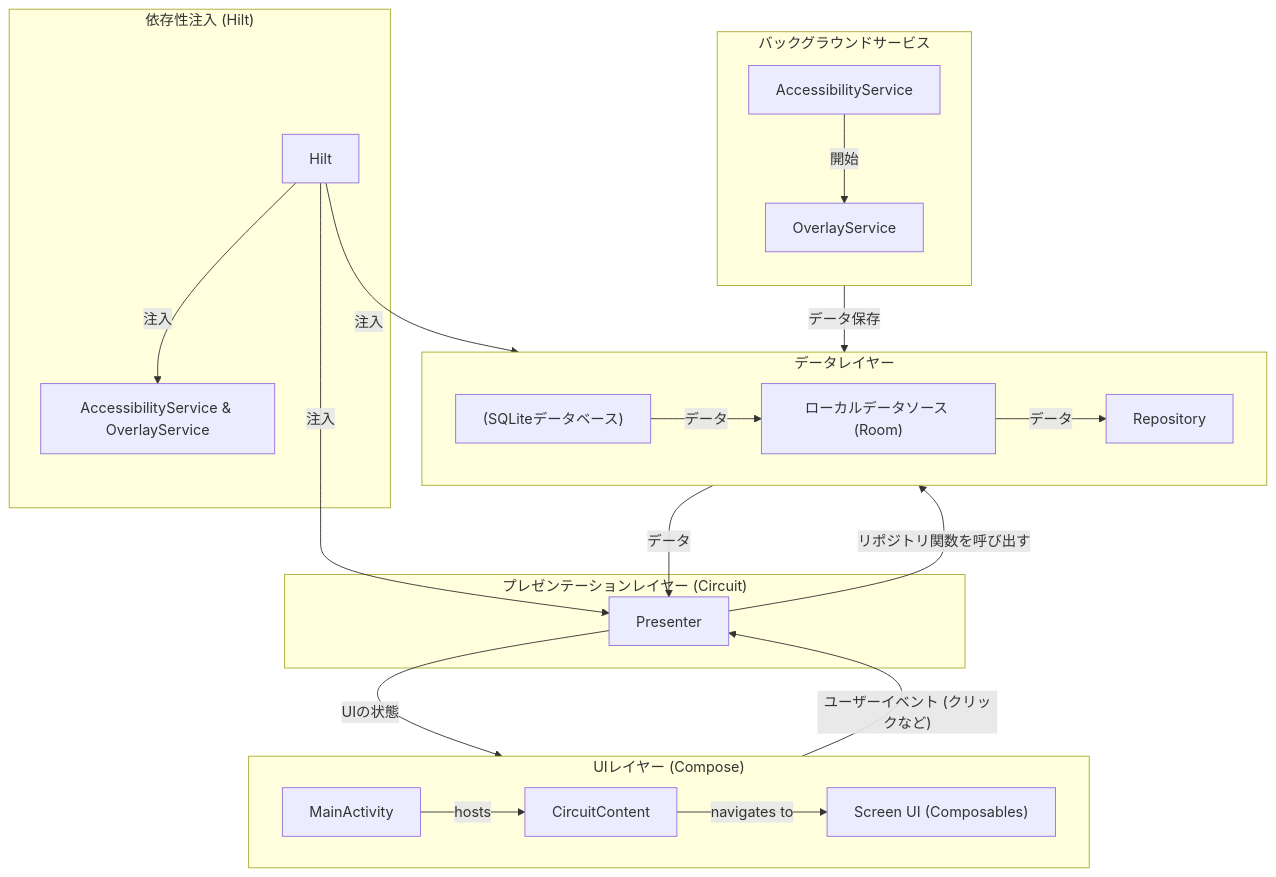
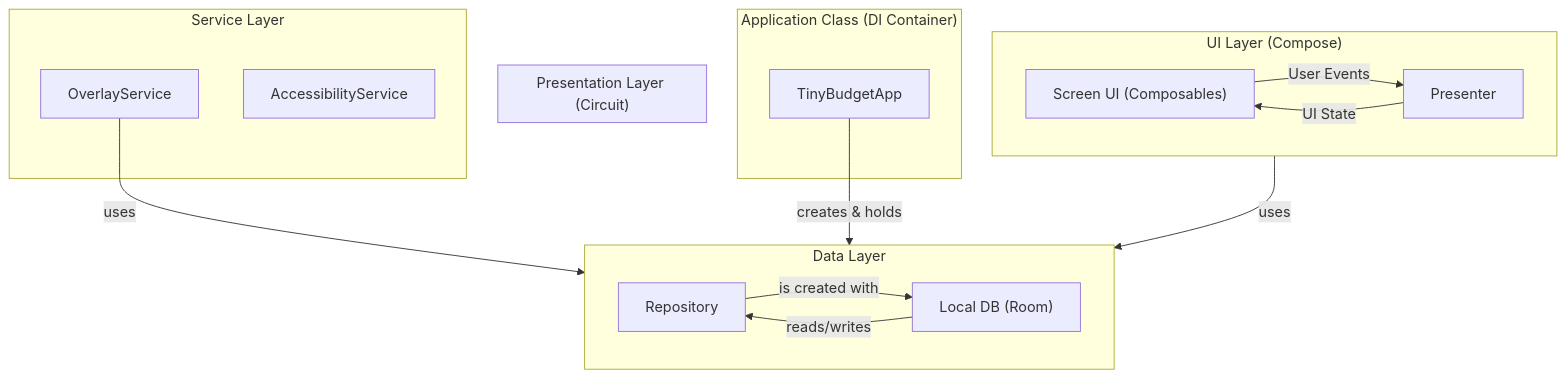
The diagram in docs/architecture.md (arashiyama11/TinyBudget), drawn with Mermaid before and after one commit. The commit also changed other lines of this file, not shown here.

````diff
--- a/docs/architecture.md
+++ b/docs/architecture.md
@@ -21,34 +39,33 @@
 ```mermaid
 graph TD
-    subgraph "UIレイヤー (Compose)"
+    subgraph "UI Layer (Compose)"
         direction LR
-        MainActivity -- hosts --> CircuitContent
-        CircuitContent -- navigates to --> ScreenUI["Screen UI (Composables)"]
+        ScreenUI["Screen UI (Composables)"] -- "User Events" --> Presenter
+        Presenter -- "UI State" --> ScreenUI
     end
 
-    subgraph "プレゼンテーションレイヤー (Circuit)"
-        ScreenUI -- "ユーザーイベント (クリックなど)" --> Presenter
-        Presenter -- "UIの状態" --> ScreenUI
+    subgraph "Presentation Layer (Circuit)"
+        Presenter
     end
 
-    subgraph "データレイヤー"
+    subgraph "Data Layer"
         direction LR
-        Repository -- "データ" --> Presenter
-        LocalDataSource["ローカルデータソース (Room)"] -- "データ" --> Repository
-        Database["(SQLiteデータベース)"] -- "データ" --> LocalDataSource
+        Repository
+        LocalDataSource["Local DB (Room)"] -- reads/writes --> Repository
     end
 
-    subgraph "バックグラウンドサービス"
-        direction TB
-        AccessibilityService -- "開始" --> OverlayService
-        OverlayService -- "データ保存" --> Repository
+    subgraph "Service Layer"
+        OverlayService
+        AccessibilityService
     end
 
-    subgraph "依存性注入 (Hilt)"
-        Hilt -- "注入" --> Presenter
-        Hilt -- "注入" --> Repository
-        Hilt -- "注入" --> Services["AccessibilityService & OverlayService"]
+    subgraph "Application Class (DI Container)"
+        App["TinyBudgetApp"]
     end
 
-    Presenter -- "リポジトリ関数を呼び出す" --> Repository
+    Presenter -- "uses" --> Repository
+    OverlayService -- "uses" --> Repository
+
+    App -- "creates & holds" --> Repository
+    Repository -- "is created with" --> LocalDataSource
 ```
````
